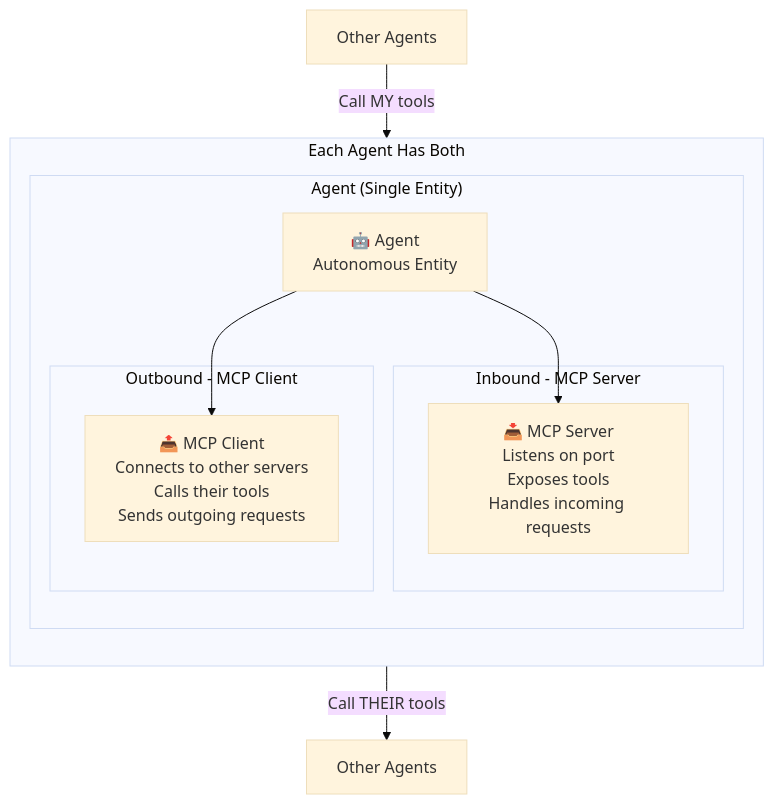
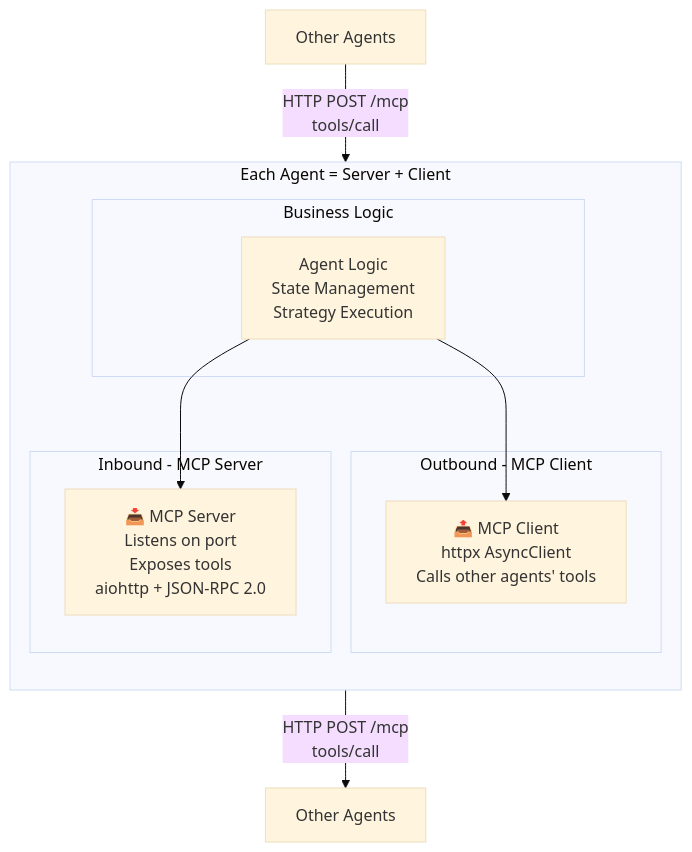
Before and after one commit to fouada/Assignment7_mcp-multi-agent-game: the third of 14 diagrams in README.md, drawn with Mermaid (base theme). The commit also changed other lines of this file and 42 other files, not shown here.

Commit message:
update logic to complete it in agents with documentation

````diff
--- a/README.md
+++ b/README.md
@@ -88,24 +133,24 @@
 ```mermaid
 graph TB
-    subgraph "Each Agent Has Both"
+    subgraph "Each Agent = Server + Client"
         direction TB
         
-        subgraph "Agent (Single Entity)"
-            AGENT[🤖 Agent<br/>Autonomous Entity]
-            
-            subgraph "Inbound - MCP Server"
-                SERVER[📥 MCP Server<br/>Listens on port<br/>Exposes tools<br/>Handles incoming requests]
-            end
-            
-            subgraph "Outbound - MCP Client"
-                CLIENT[📤 MCP Client<br/>Connects to other servers<br/>Calls their tools<br/>Sends outgoing requests]
-            end
+        subgraph "Inbound - MCP Server"
+            SERVER[📥 MCP Server<br/>Listens on port<br/>Exposes tools<br/>aiohttp + JSON-RPC 2.0]
+        end
+        
+        subgraph "Outbound - MCP Client"  
+            CLIENT[📤 MCP Client<br/>httpx AsyncClient<br/>Calls other agents' tools]
+        end
+        
+        subgraph "Business Logic"
+            LOGIC[Agent Logic<br/>State Management<br/>Strategy Execution]
         end
     end
     
-    AGENT --> SERVER
-    AGENT --> CLIENT
+    LOGIC --> SERVER
+    LOGIC --> CLIENT
     
-    OTHERS1[Other Agents] -->|"Call MY tools"| SERVER
-    CLIENT -->|"Call THEIR tools"| OTHERS2[Other Agents]
+    OTHERS1[Other Agents] -->|"HTTP POST /mcp<br/>tools/call"| SERVER
+    CLIENT -->|"HTTP POST /mcp<br/>tools/call"| OTHERS2[Other Agents]
 ```
````
